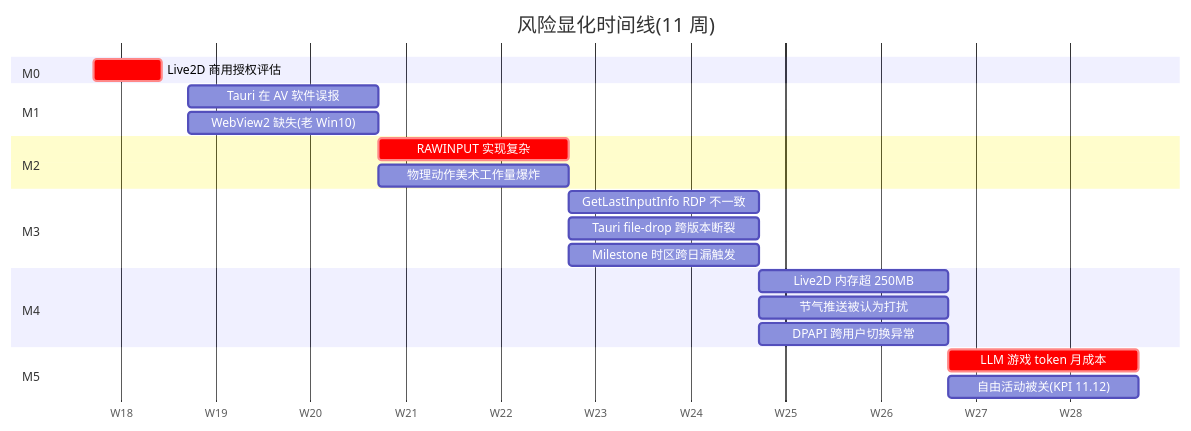
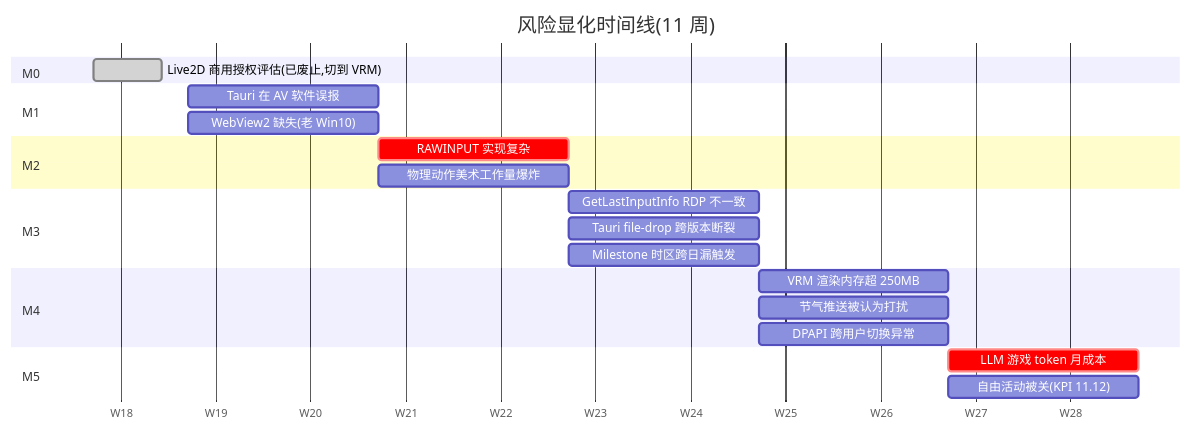
One commit to tl0502/aipet changed diagram 12 of 16 in docs/AIPET-obsidian/2026-05-01-development-roadmap-v1.0.md. Above: the diagram before and after it, drawn with Mermaid. The commit also changed other lines of this file and 11 other files, not shown here.

First line of the commit message:
docs(baseline): align v1.0 to VRM, supersede Live2D ADR-002/003

````diff
--- a/docs/AIPET-obsidian/2026-05-01-development-roadmap-v1.0.md
+++ b/docs/AIPET-obsidian/2026-05-01-development-roadmap-v1.0.md
@@ -548,25 +548,25 @@
 ```mermaid
 gantt
     title 风险显化时间线(11 周)
     dateFormat YYYY-MM-DD
     axisFormat W%U
     section M0
-    Live2D 商用授权评估       :crit, r1, 2026-05-01, 5d
+    Live2D 商用授权评估(已废止,切到 VRM) :done, r1, 2026-05-01, 5d
     section M1
     Tauri 在 AV 软件误报      :r2, 2026-05-08, 14d
     WebView2 缺失(老 Win10)  :r3, 2026-05-08, 14d
     section M2
     RAWINPUT 实现复杂         :crit, r4, 2026-05-22, 14d
     物理动作美术工作量爆炸    :r5, 2026-05-22, 14d
     section M3
     GetLastInputInfo RDP 不一致 :r6, 2026-06-05, 14d
     Tauri file-drop 跨版本断裂 :r7, 2026-06-05, 14d
     Milestone 时区跨日漏触发   :r8, 2026-06-05, 14d
     section M4
-    Live2D 内存超 250MB       :r9, 2026-06-19, 14d
+    VRM 渲染内存超 250MB       :r9, 2026-06-19, 14d
     节气推送被认为打扰         :r10, 2026-06-19, 14d
     DPAPI 跨用户切换异常       :r11, 2026-06-19, 14d
     section M5
     LLM 游戏 token 月成本     :crit, r12, 2026-07-03, 14d
     自由活动被关(KPI 11.12)  :r13, 2026-07-03, 14d
 ```
````
